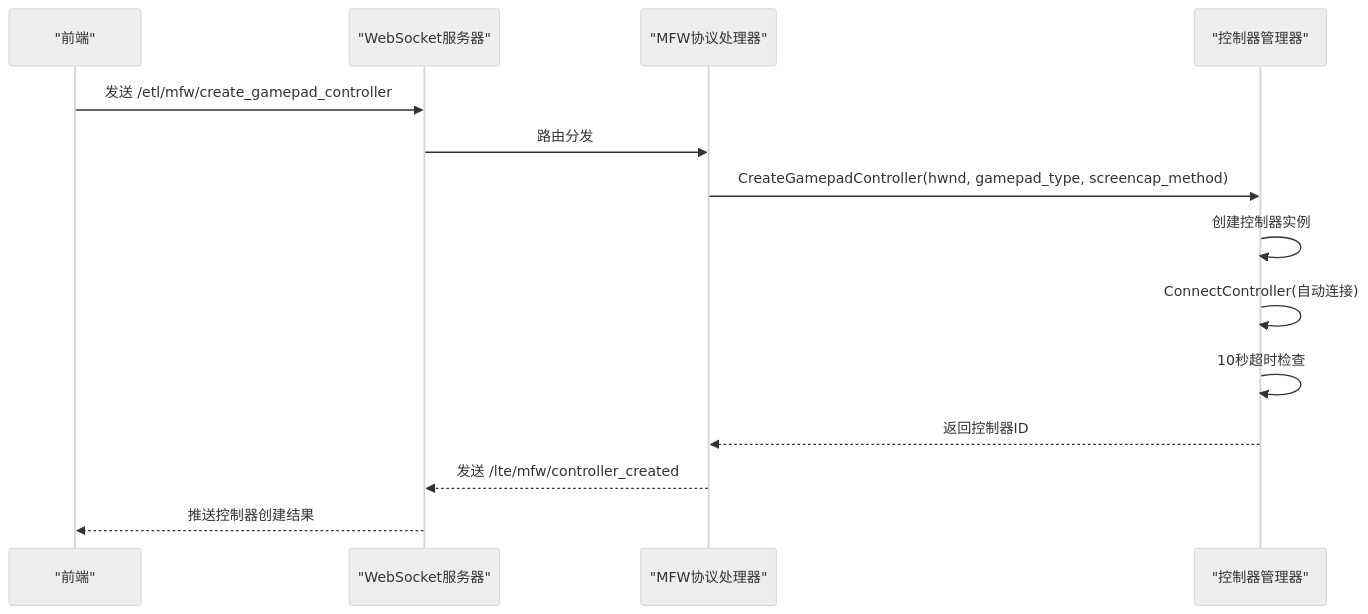
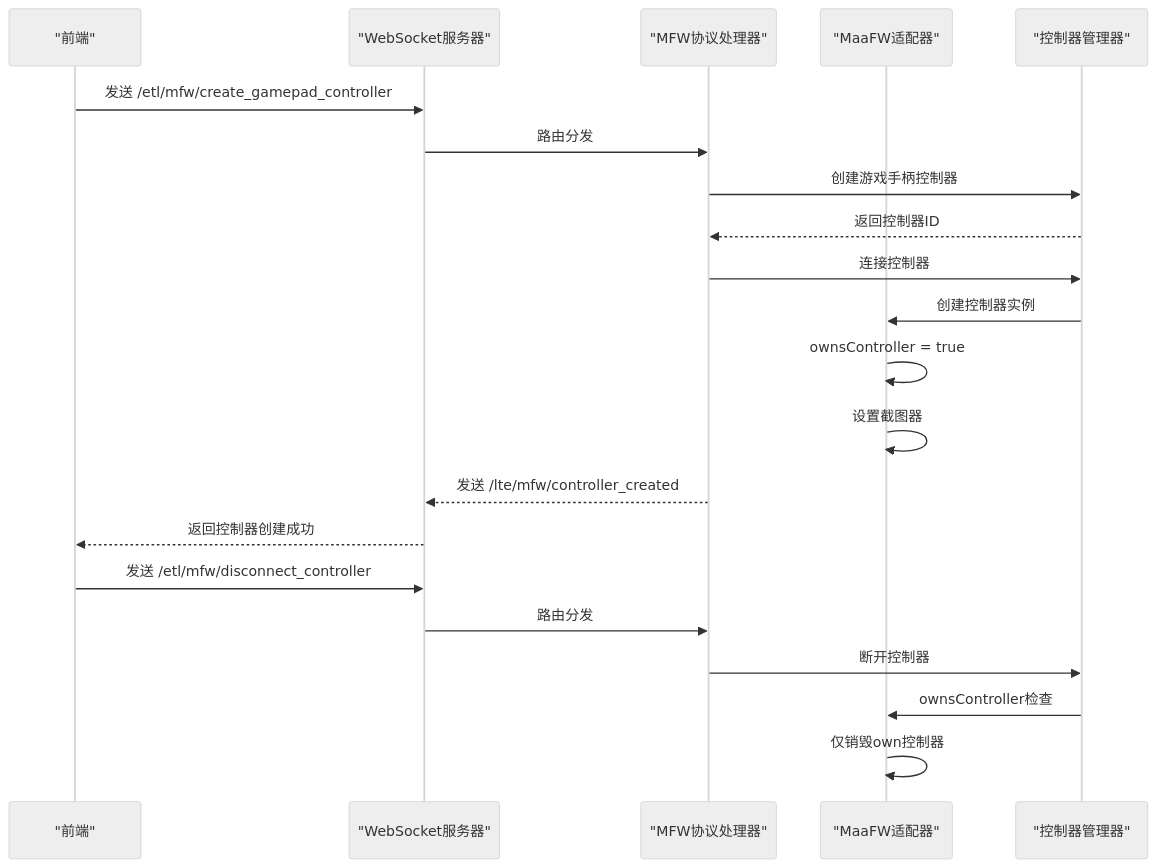
Before and after one commit to kqcoxn/MaaPipelineEditor: the second of 3 diagrams in .qoder/repowiki/zh/content/开发者指南/LocalBridge 通信协议.md, drawn with Mermaid (neutral theme). The commit also changed other lines of this file and 23 other files, not shown here.

````diff
--- a/.qoder/repowiki/zh/content/开发者指南/LocalBridge 通信协议.md
+++ b/.qoder/repowiki/zh/content/开发者指南/LocalBridge 通信协议.md
@@ -134,16 +179,23 @@
 ```mermaid
 sequenceDiagram
 participant FE as "前端"
 participant WS as "WebSocket服务器"
 participant MFWH as "MFW协议处理器"
+participant ADP as "MaaFW适配器"
 participant CM as "控制器管理器"
 FE->>WS : 发送 /etl/mfw/create_gamepad_controller
 WS->>MFWH : 路由分发
-MFWH->>CM : CreateGamepadController(hwnd, gamepad_type, screencap_method)
-CM->>CM : 创建控制器实例
-CM->>CM : ConnectController(自动连接)
-CM->>CM : 10秒超时检查
+MFWH->>CM : 创建游戏手柄控制器
 CM-->>MFWH : 返回控制器ID
+MFWH->>CM : 连接控制器
+CM->>ADP : 创建控制器实例
+ADP->>ADP : ownsController = true
+ADP->>ADP : 设置截图器
 MFWH-->>WS : 发送 /lte/mfw/controller_created
-WS-->>FE : 推送控制器创建结果
+WS-->>FE : 返回控制器创建成功
+FE->>WS : 发送 /etl/mfw/disconnect_controller
+WS->>MFWH : 路由分发
+MFWH->>CM : 断开控制器
+CM->>ADP : ownsController检查
+ADP->>ADP : 仅销毁own控制器
 ```
````
